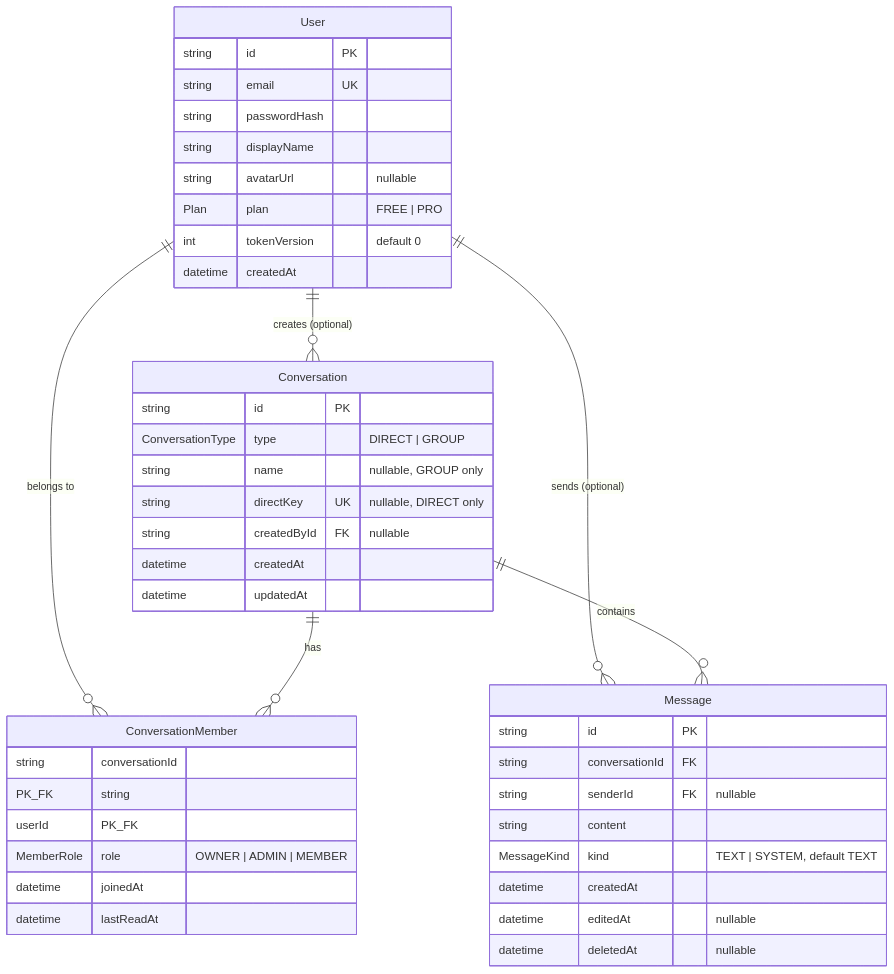
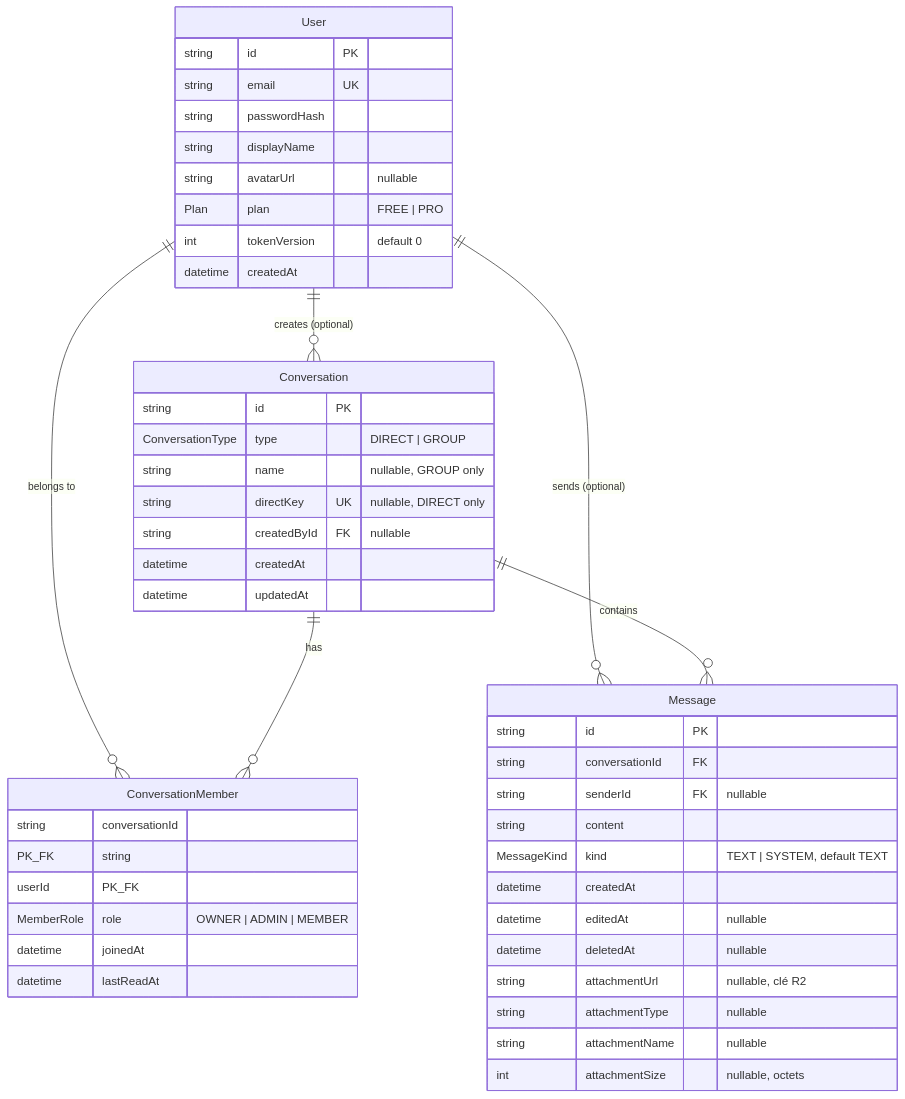
Before and after one commit to buhovac/chat-mess: the diagram in docs/data-model.md, drawn with Mermaid. The commit also changed other lines of this file and 2 other files, not shown here.

````diff
--- a/docs/data-model.md
+++ b/docs/data-model.md
@@ -10,48 +10,52 @@
 ```mermaid
 erDiagram
     User ||--o{ Conversation : "creates (optional)"
     User ||--o{ ConversationMember : "belongs to"
     User ||--o{ Message : "sends (optional)"
     Conversation ||--o{ ConversationMember : "has"
     Conversation ||--o{ Message : "contains"
 
     User {
         string id PK
         string email UK
         string passwordHash
         string displayName
         string avatarUrl "nullable"
         Plan plan "FREE | PRO"
         int tokenVersion "default 0"
         datetime createdAt
     }
 
     Conversation {
         string id PK
         ConversationType type "DIRECT | GROUP"
         string name "nullable, GROUP only"
         string directKey UK "nullable, DIRECT only"
         string createdById FK "nullable"
         datetime createdAt
         datetime updatedAt
     }
 
     ConversationMember {
         string conversationId PK_FK
         string userId PK_FK
         MemberRole role "OWNER | ADMIN | MEMBER"
         datetime joinedAt
         datetime lastReadAt
     }
 
     Message {
         string id PK
         string conversationId FK
         string senderId FK "nullable"
         string content
         MessageKind kind "TEXT | SYSTEM, default TEXT"
         datetime createdAt
         datetime editedAt "nullable"
         datetime deletedAt "nullable"
+        string attachmentUrl "nullable, clé R2"
+        string attachmentType "nullable"
+        string attachmentName "nullable"
+        int attachmentSize "nullable, octets"
     }
 ```
````
